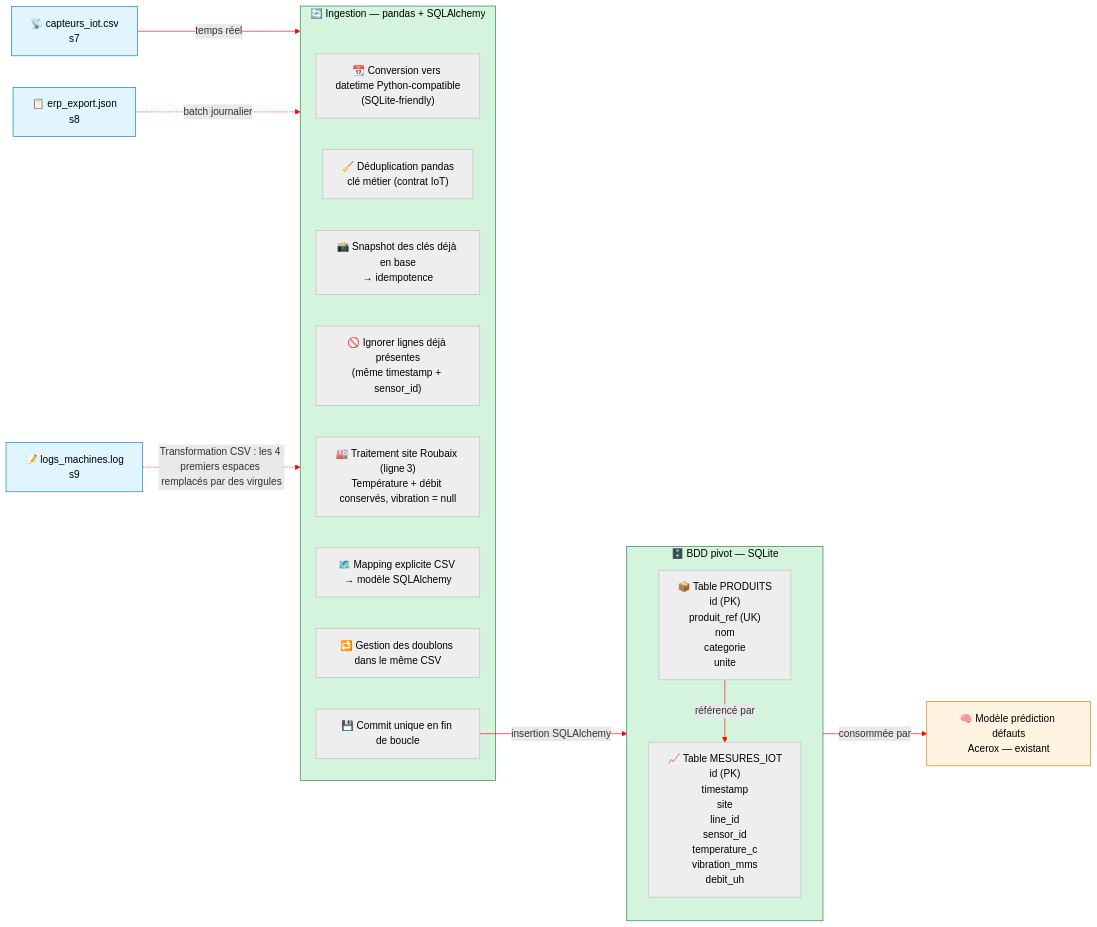
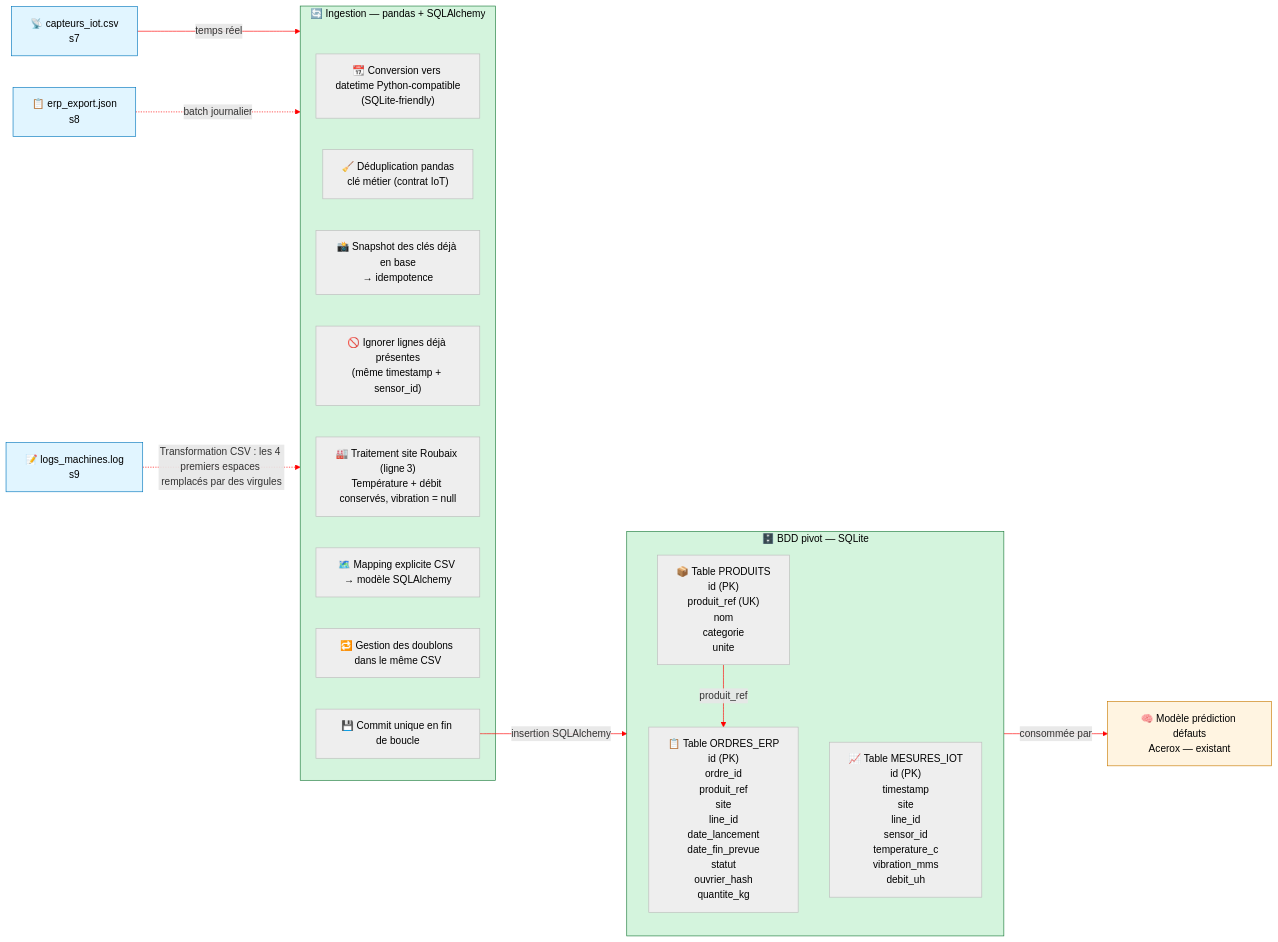
One commit to userZku/M3-B2-acerox-theo-romain changed the first of 2 diagrams in README.md. Above: the diagram before and after it, drawn with Mermaid. The commit also changed other lines of this file and 1 other file, not shown here.

Commit message:
docs(docs) modification du README et du decision.md suite à la prise en compte de la source ERP - Co-authored-by:Théo

````diff
--- a/README.md
+++ b/README.md
@@ -11,56 +11,57 @@
 ```mermaid
 %%{init: {
   "themeVariables": {
     "background": "#0176D3",
     "edgeColor": "#ff0000",
     "lineColor": "#ff0000",
     "arrowheadColor": "#ff0000",
     "edgeStrokeWidth": 5
   }
 }}%%
 flowchart LR
     %% Sources
     SRC1["📡 capteurs_iot.csv<br>s7"]
     SRC2["📋 erp_export.json<br>s8"]
     SRC3["📝 logs_machines.log<br>s9"]
 
     %% Ingestion détaillée
     subgraph INGEST["🔄 Ingestion — pandas + SQLAlchemy"]
         STEP1["📆 Conversion vers datetime Python-compatible<br/>(SQLite-friendly)"]
         STEP2["🧹 Déduplication pandas<br/>clé métier (contrat IoT)"]
         STEP3["📸 Snapshot des clés déjà en base<br/>→ idempotence"]
         STEP4["🚫 Ignorer lignes déjà présentes<br/>(même timestamp + sensor_id)"]
         STEP5["🏭 Traitement site Roubaix (ligne 3)<br/>Température + débit conservés, vibration = null"]
         STEP6["🗺️ Mapping explicite CSV → modèle SQLAlchemy"]
         STEP7["🔁 Gestion des doublons dans le même CSV"]
         STEP8["💾 Commit unique en fin de boucle"]
     end
 
     %% Stockage détaillé
     subgraph BDD["🗄️ BDD pivot — SQLite"]
         PRODUITS["📦 Table PRODUITS<br/>id (PK)<br/>produit_ref (UK)<br/>nom<br/>categorie<br/>unite"]
         MESURES["📈 Table MESURES_IOT<br/>id (PK)<br/>timestamp<br/>site<br/>line_id<br/>sensor_id<br/>temperature_c<br/>vibration_mms<br/>debit_uh"]
+         ORDRES["📋 Table ORDRES_ERP<br/>id (PK)<br/>ordre_id<br/>produit_ref<br/>site<br/>line_id<br/>date_lancement<br/>date_fin_prevue<br/>statut<br/>ouvrier_hash<br/>quantite_kg"]
     end
 
     %% Modèle existant
     MODEL[🧠 Modèle prédiction défauts<br/>Acerox — existant]
 
     %% Liens
     SRC1 -->|temps réel| INGEST
     SRC2 -.->|batch journalier| INGEST
     SRC3 -.->|Transformation CSV : les 4 premiers espaces remplacés par des virgules| INGEST
     STEP8 -->|insertion SQLAlchemy| BDD
-    PRODUITS -->|référencé par| MESURES
+      PRODUITS -->|produit_ref| ORDRES
     BDD -->|consommée par| MODEL
 
     %% Styles
     classDef source fill:#e1f5ff,stroke:#0277bd,color:#000000
     classDef modele fill:#fff4e1,stroke:#c97a00,color:#000000
     classDef B2 fill:#d4f4dd,stroke:#1a7a3a,color:#000000
     classDef ETAPE fill:#eeeeee,stroke:#bcbcbc,color:#000000
     class SRC1,SRC2,SRC3 source
     class BDD B2
     class INGEST B2
-    class STEP1,STEP2,STEP3,STEP4,STEP5,STEP6,STEP7,STEP8,PRODUITS,MESURES ETAPE
+   class STEP1,STEP2,STEP3,STEP4,STEP5,STEP6,STEP7,STEP8,PRODUITS,MESURES,ORDRES ETAPE
     class MODEL modele
 ```
````
